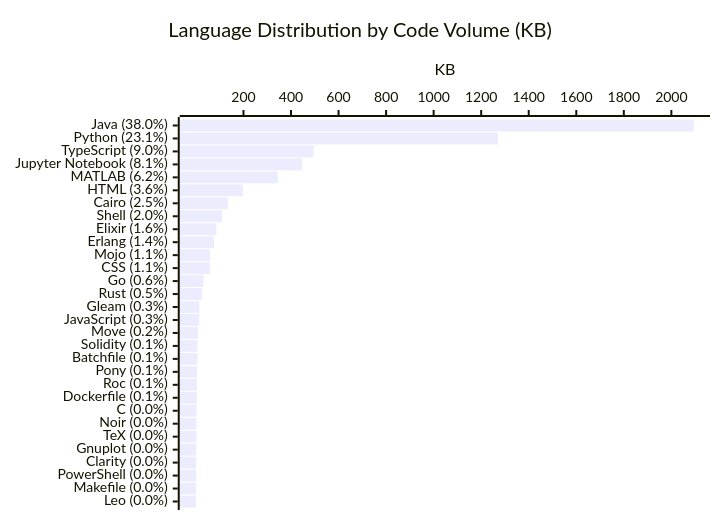
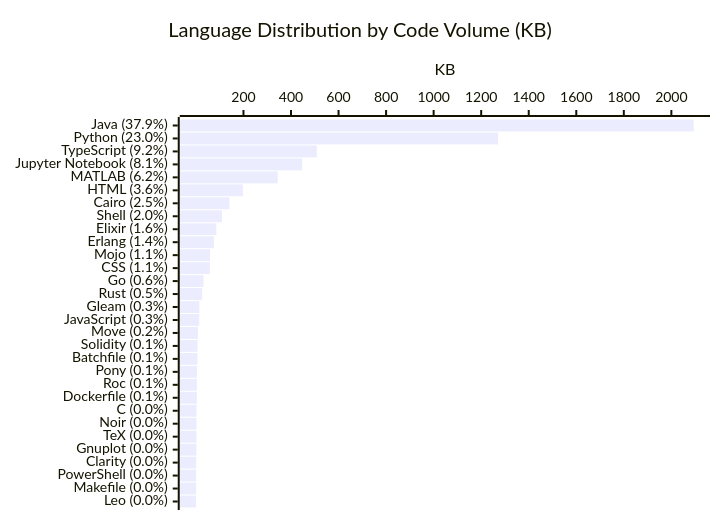
One commit to KathiraveluLab/.github changed the diagram in profile/README.md. Above: the diagram before and after it, drawn with Mermaid. The commit also changed other lines of this file and 1 other file, not shown here.

````diff
--- a/profile/README.md
+++ b/profile/README.md
@@ -64,7 +64,7 @@
 ```mermaid
 xychart-beta horizontal
     title "Language Distribution by Code Volume (KB)"
-    x-axis ["Java (38.0%)", "Python (23.1%)", "TypeScript (9.0%)", "Jupyter Notebook (8.1%)", "MATLAB (6.2%)", "HTML (3.6%)", "Cairo (2.5%)", "Shell (2.0%)", "Elixir (1.6%)", "Erlang (1.4%)", "Mojo (1.1%)", "CSS (1.1%)", "Go (0.6%)", "Rust (0.5%)", "Gleam (0.3%)", "JavaScript (0.3%)", "Move (0.2%)", "Solidity (0.1%)", "Batchfile (0.1%)", "Pony (0.1%)", "Roc (0.1%)", "Dockerfile (0.1%)", "C (0.0%)", "Noir (0.0%)", "TeX (0.0%)", "Gnuplot (0.0%)", "Clarity (0.0%)", "PowerShell (0.0%)", "Makefile (0.0%)", "Leo (0.0%)"]
+    x-axis ["Java (37.9%)", "Python (23.0%)", "TypeScript (9.2%)", "Jupyter Notebook (8.1%)", "MATLAB (6.2%)", "HTML (3.6%)", "Cairo (2.5%)", "Shell (2.0%)", "Elixir (1.6%)", "Erlang (1.4%)", "Mojo (1.1%)", "CSS (1.1%)", "Go (0.6%)", "Rust (0.5%)", "Gleam (0.3%)", "JavaScript (0.3%)", "Move (0.2%)", "Solidity (0.1%)", "Batchfile (0.1%)", "Pony (0.1%)", "Roc (0.1%)", "Dockerfile (0.1%)", "C (0.0%)", "Noir (0.0%)", "TeX (0.0%)", "Gnuplot (0.0%)", "Clarity (0.0%)", "PowerShell (0.0%)", "Makefile (0.0%)", "Leo (0.0%)"]
     y-axis "KB"
-    bar [2094.22, 1270.69, 494.83, 446.9, 343.93, 197.81, 135.0, 109.42, 85.96, 75.47, 59.44, 58.73, 32.03, 26.08, 14.6, 13.89, 8.83, 6.65, 6.48, 4.14, 4.09, 3.9, 2.58, 2.46, 2.29, 1.82, 1.53, 1.02, 0.99, 0.27]
+    bar [2094.22, 1270.69, 508.57, 446.9, 343.93, 197.81, 140.83, 109.42, 85.96, 75.47, 59.44, 58.73, 32.03, 26.08, 14.6, 13.89, 8.83, 6.65, 6.48, 4.14, 4.09, 3.9, 2.58, 2.46, 2.29, 1.82, 1.53, 1.02, 0.99, 0.27]
 ```
````
